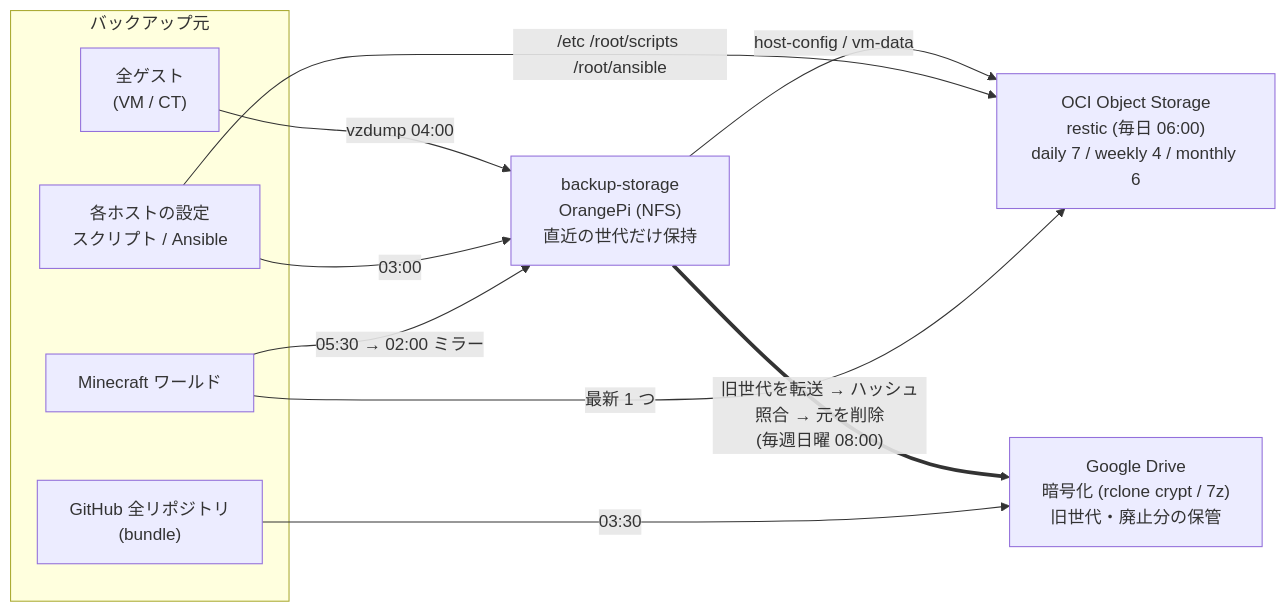
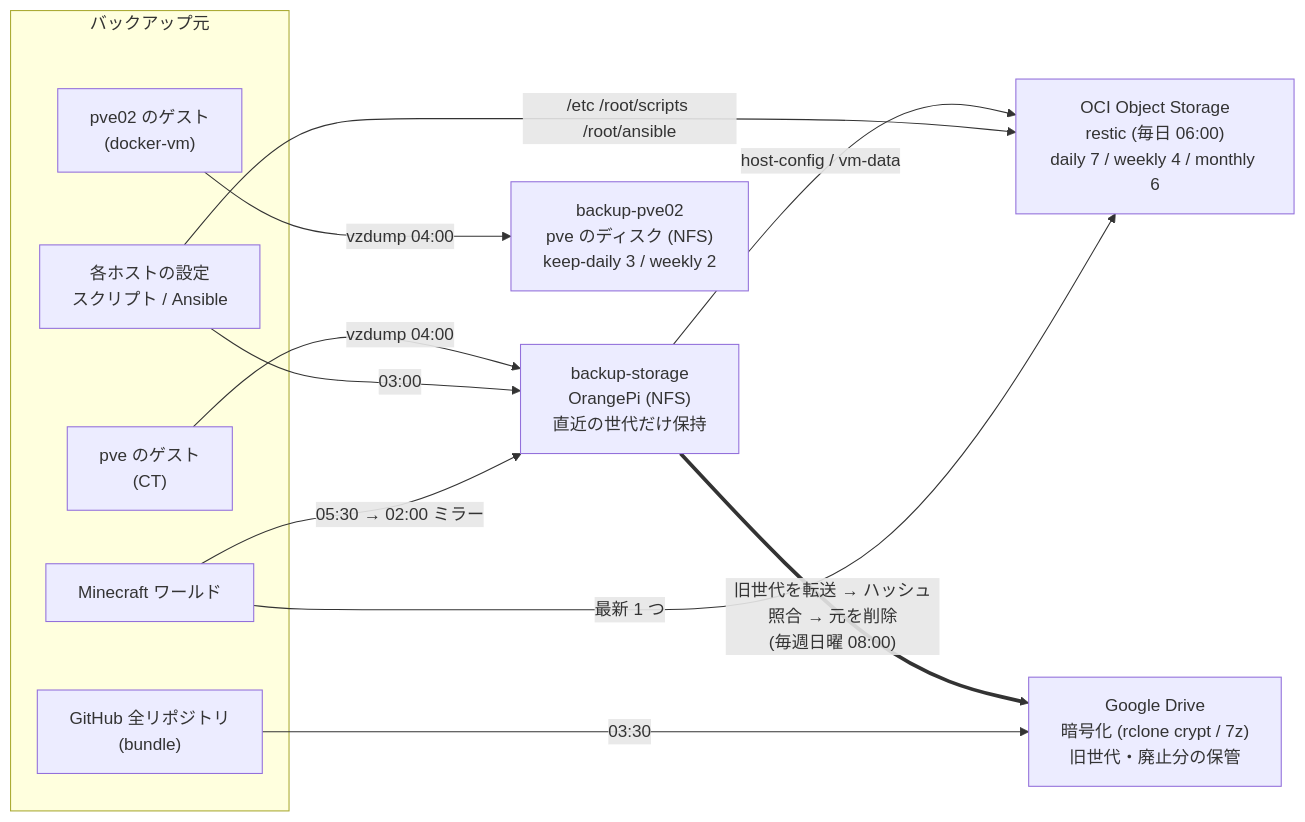
One commit to Leucophyllous/homelab changed the third of 4 diagrams in README.md. Above: the diagram before and after it, drawn with Mermaid. The commit also changed other lines of this file, not shown here.

First line of the commit message:
README: pve02 の vzdump 先を pve のディスクへ移した構成を反映

````diff
--- a/README.md
+++ b/README.md
@@ -115,21 +116,24 @@
 ```mermaid
 flowchart LR
   subgraph src["バックアップ元"]
-    g["全ゲスト<br>(VM / CT)"]
+    g["pve のゲスト<br>(CT)"]
+    g2["pve02 のゲスト<br>(docker-vm)"]
     cfg["各ホストの設定<br>スクリプト / Ansible"]
     mcw["Minecraft ワールド"]
     gmr["GitHub 全リポジトリ<br>(bundle)"]
   end
   bs["backup-storage<br>OrangePi (NFS)<br>直近の世代だけ保持"]
+  bp["backup-pve02<br>pve のディスク (NFS)<br>keep-daily 3 / weekly 2"]
   s3["OCI Object Storage<br>restic (毎日 06:00)<br>daily 7 / weekly 4 / monthly 6"]
   gd["Google Drive<br>暗号化 (rclone crypt / 7z)<br>旧世代・廃止分の保管"]
 
   g -->|"vzdump 04:00"| bs
+  g2 -->|"vzdump 04:00"| bp
   cfg -->|"03:00"| bs
   mcw -->|"05:30 → 02:00 ミラー"| bs
   bs -->|"host-config / vm-data"| s3
   cfg -->|"/etc /root/scripts /root/ansible"| s3
   mcw -->|"最新 1 つ"| s3
   bs ==>|"旧世代を転送 → ハッシュ照合 → 元を削除<br>(毎週日曜 08:00)"| gd
   gmr -->|"03:30"| gd
 ```
````
